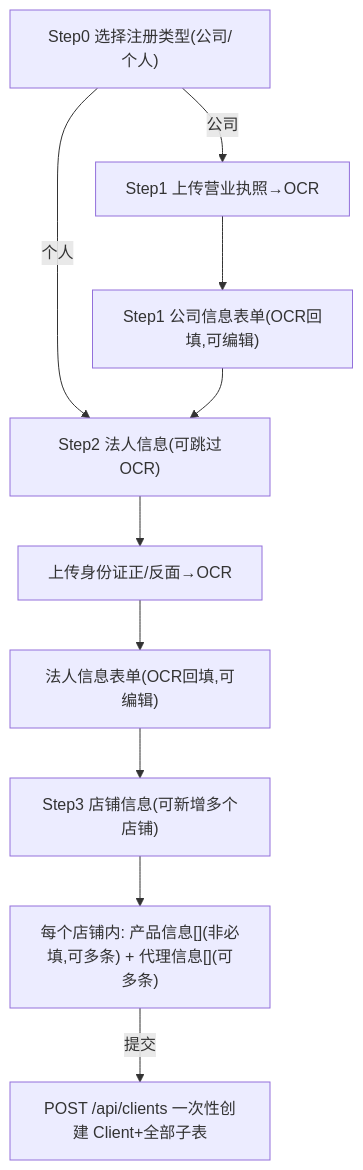
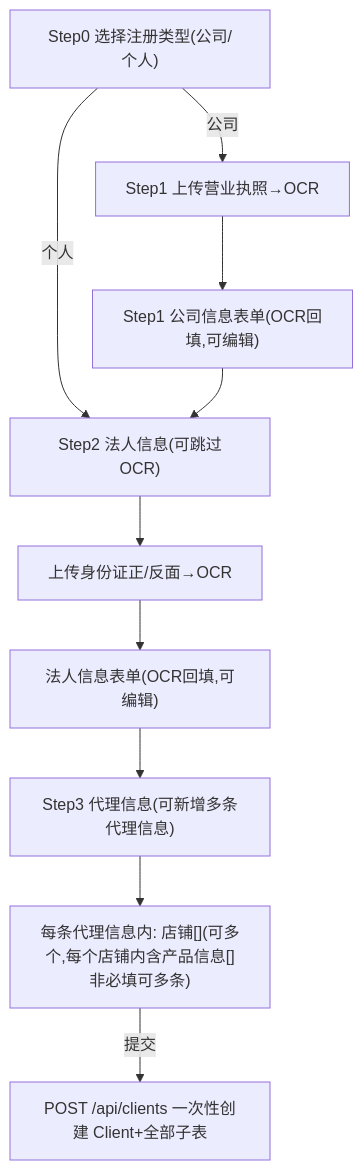
Before and after one commit to Cyhai18/SYY: the diagram in docs/client-profile-design.md, drawn with Mermaid. The commit also changed other lines of this file and 25 other files, not shown here.

````diff
--- a/docs/client-profile-design.md
+++ b/docs/client-profile-design.md
@@ -242,12 +242,12 @@
 ```mermaid
 flowchart TD
     A["Step0 选择注册类型(公司/个人)"] -->|公司| B["Step1 上传营业执照→OCR"]
     A -->|个人| D["Step2 法人信息(可跳过OCR)"]
     B --> C["Step1 公司信息表单(OCR回填,可编辑)"]
     C --> D
     D --> D1["上传身份证正/反面→OCR"]
     D1 --> D3["法人信息表单(OCR回填,可编辑)"]
-    D3 --> E["Step3 店铺信息(可新增多个店铺)"]
-    E --> F["每个店铺内: 产品信息[](非必填,可多条) + 代理信息[](可多条)"]
+    D3 --> E["Step3 代理信息(可新增多条代理信息)"]
+    E --> F["每条代理信息内: 店铺[](可多个,每个店铺内含产品信息[]非必填可多条)"]
     F -->|提交| G["POST /api/clients 一次性创建 Client+全部子表"]
 ```
````
